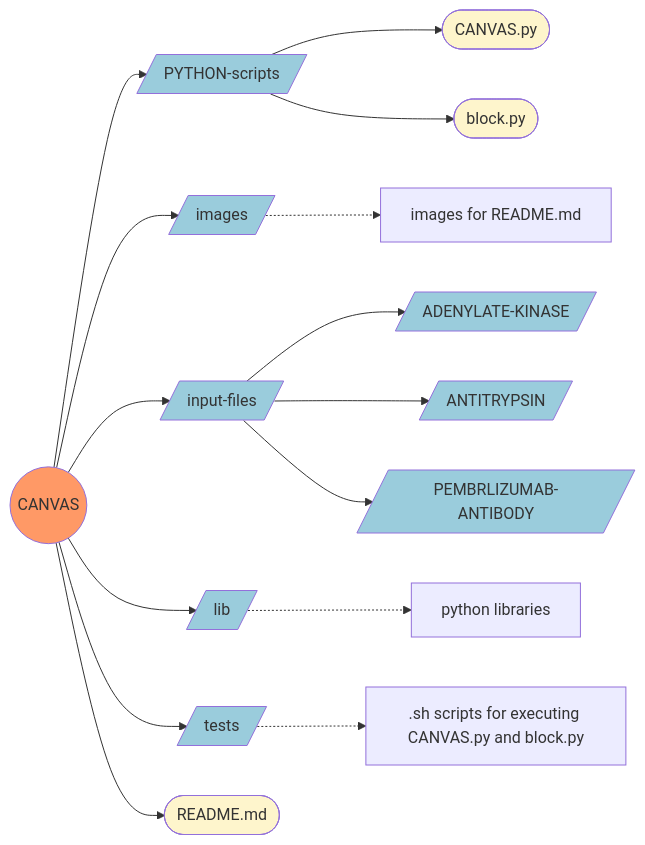
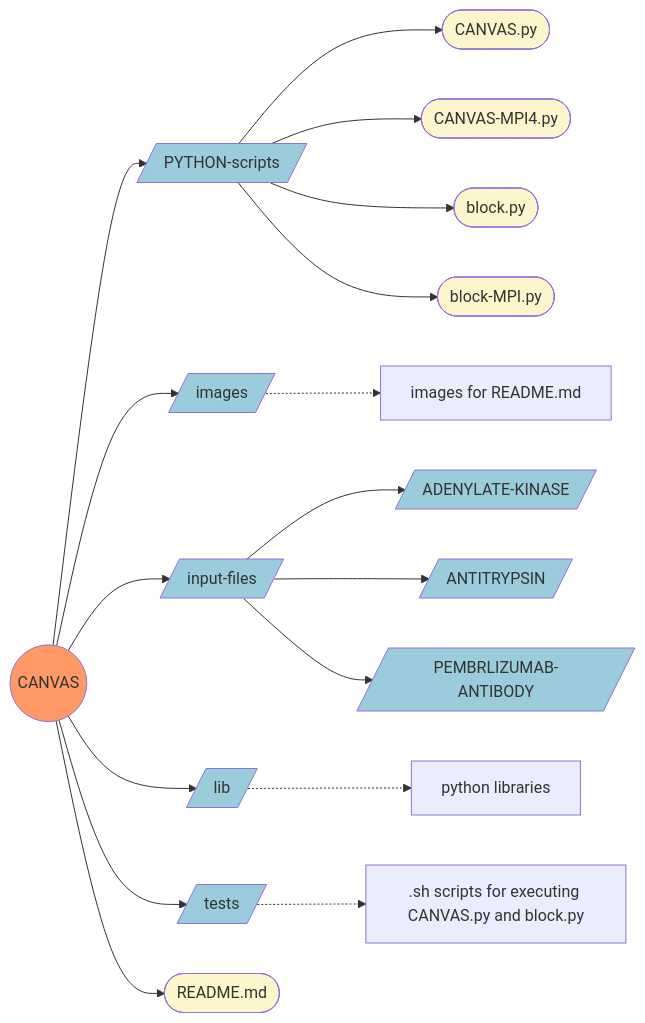
One commit to potestiolab/canvas changed the diagram in README.md. Above: the diagram before and after it, drawn with Mermaid. The commit also changed other lines of this file, not shown here.

````diff
--- a/README.md
+++ b/README.md
@@ -56,35 +59,39 @@
 ```mermaid
 flowchart LR
     id1((CANVAS))-->id2[/PYTHON-scripts/]
     style id1 fill:#f96
     style id2 fill:#9accdc
     style id3 fill:#9accdc
     style id4 fill:#9accdc
     style id5 fill:#9accdc
     style id6 fill:#9accdc
     style idT1 fill:#9accdc
     style idT2 fill:#9accdc
     style idT3 fill:#9accdc
     style id7 fill:#fef5cc
     style id8 fill:#fef5cc
     style id9 fill:#fef5cc
+    style id10 fill:#fef5cc
+    style id11 fill:#fef5cc
 
     id1-->id3[/images/];
     id1-->id4[/input-files/];
     id1-->id5[/lib/]; 
     id1-->id6[/tests/];
     id1-->id7([README.md]);
 
     id2-->id8([CANVAS.py]); 
+    id2-->id10([CANVAS-MPI4.py])
     id2-->id9([block.py])
+    id2-->id11([block-MPI.py])
 
     id3-.->idI[images for README.md]
     
     id4-->idT1[/ADENYLATE-KINASE/]
     id4-->idT2[/ANTITRYPSIN/]
     id4-->idT3[/PEMBRLIZUMAB-ANTIBODY/]
 
     id5-.->idA[python libraries] 
 
     id6-.->idTest[.sh scripts for executing CANVAS.py and block.py]  
 ```
````
